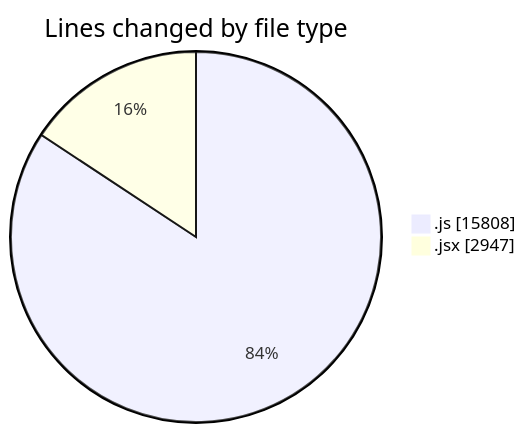
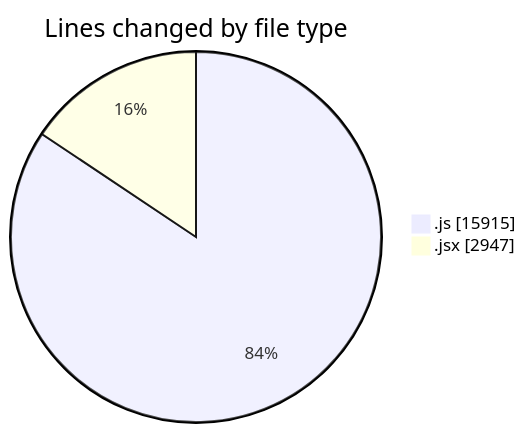
The first of 2 diagrams in 2025-09-26/nxtqube_webapp/README.md (nxtqubesakshisongat/code-tracking), drawn with Mermaid before and after one commit. The commit also changed other lines of this file and 1 other file, not shown here.

````diff
--- a/2025-09-26/nxtqube_webapp/README.md
+++ b/2025-09-26/nxtqube_webapp/README.md
@@ -27,6 +27,6 @@
 ```mermaid
 pie showData
 title Lines changed by file type
-".js" : 15808
+".js" : 15915
 ".jsx" : 2947
 ```
````
